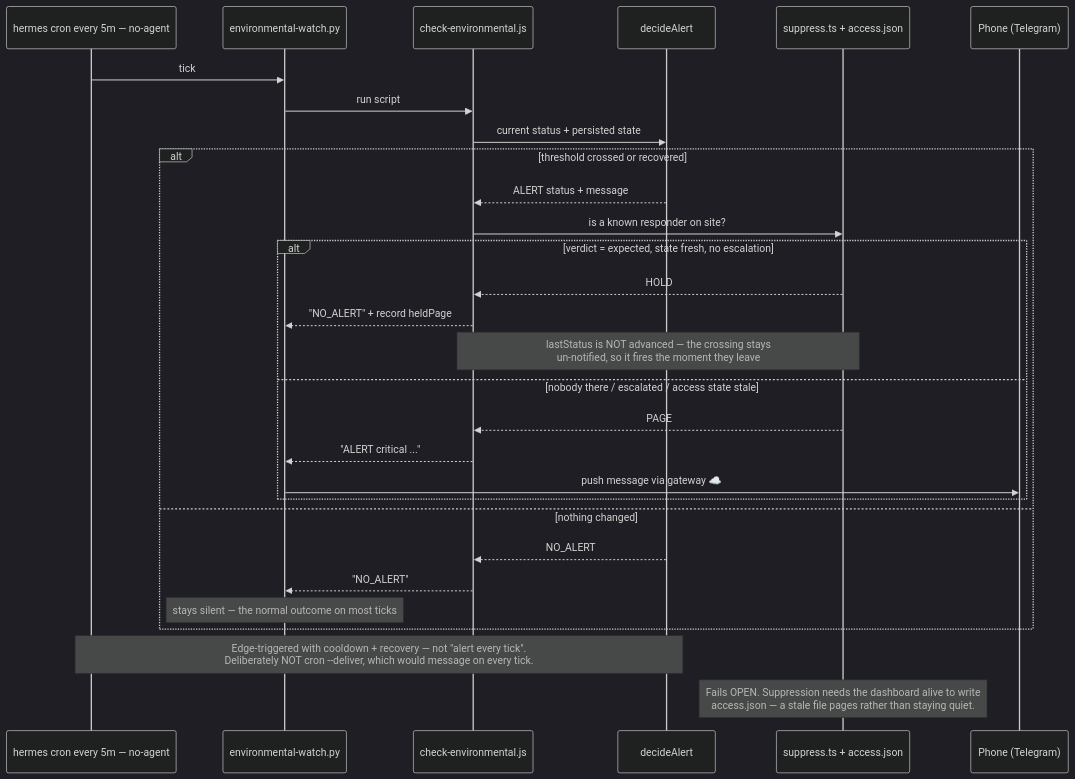
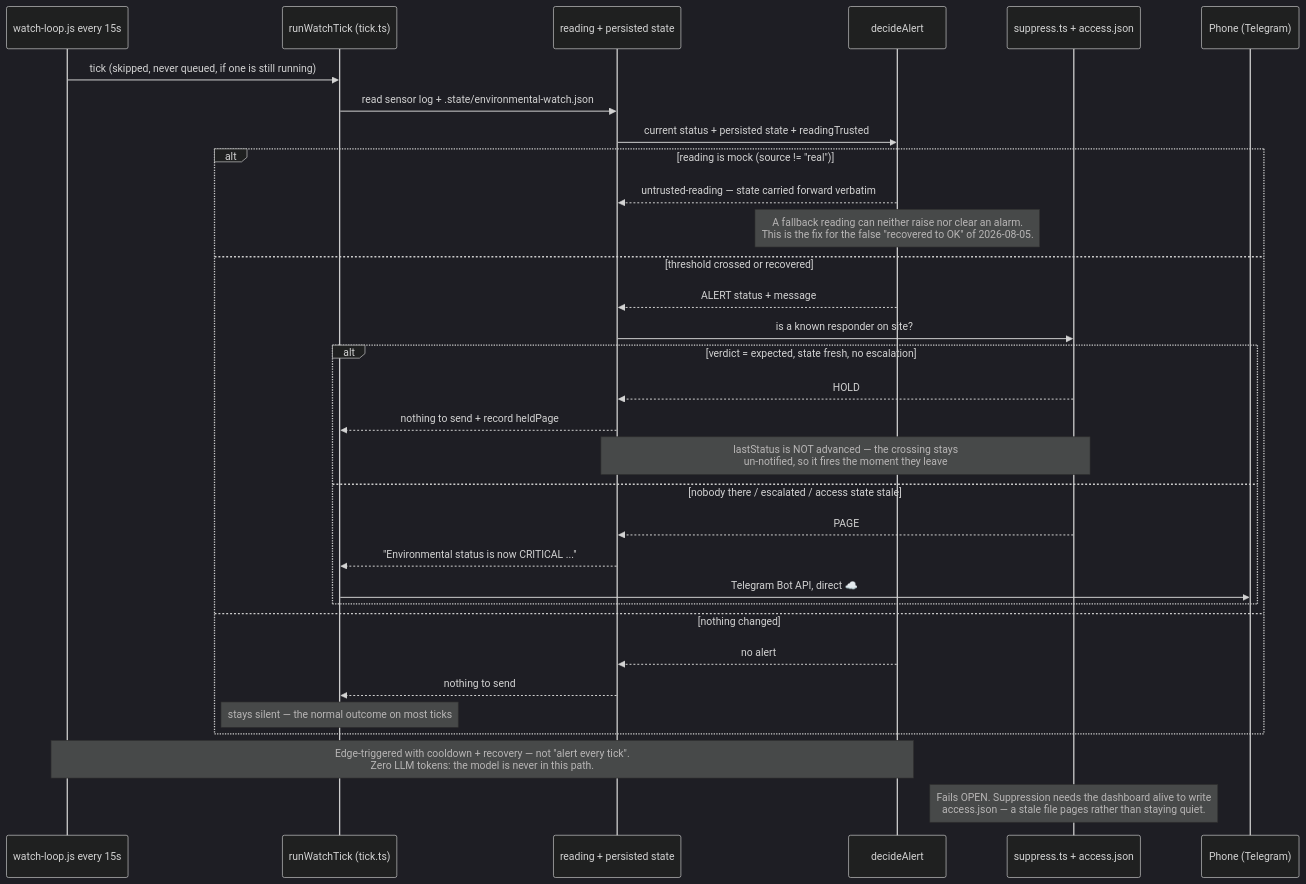
The third of 4 diagrams in docs/ARCHITECTURE.md (aryanil89/SMH-Hermes), drawn with Mermaid (dark theme) before and after one commit. The commit also changed other lines of this file and 45 other files, not shown here.

````diff
--- a/docs/ARCHITECTURE.md
+++ b/docs/ARCHITECTURE.md
@@ -117,32 +120,35 @@
 ```mermaid
 sequenceDiagram
-    participant C as hermes cron every 5m — no-agent
-    participant S as environmental-watch.py
-    participant K as check-environmental.js
+    participant C as watch-loop.js every 15s
+    participant S as runWatchTick (tick.ts)
+    participant K as reading + persisted state
     participant D as decideAlert
     participant A as suppress.ts + access.json
     participant P as Phone (Telegram)
 
-    C->>S: tick
-    S->>K: run script
-    K->>D: current status + persisted state
-    alt threshold crossed or recovered
+    C->>S: tick (skipped, never queued, if one is still running)
+    S->>K: read sensor log + .state/environmental-watch.json
+    K->>D: current status + persisted state + readingTrusted
+    alt reading is mock (source != "real")
+        D-->>K: untrusted-reading — state carried forward verbatim
+        Note over D: A fallback reading can neither raise nor clear an alarm.<br/>This is the fix for the false "recovered to OK" of 2026-08-05.
+    else threshold crossed or recovered
         D-->>K: ALERT status + message
         K->>A: is a known responder on site?
         alt verdict = expected, state fresh, no escalation
             A-->>K: HOLD
-            K-->>S: "NO_ALERT" + record heldPage
+            K-->>S: nothing to send + record heldPage
             Note over K,A: lastStatus is NOT advanced — the crossing stays<br/>un-notified, so it fires the moment they leave
         else nobody there / escalated / access state stale
             A-->>K: PAGE
-            K-->>S: "ALERT critical ..."
-            S->>P: push message via gateway  ☁️
+            K-->>S: "Environmental status is now CRITICAL ..."
+            S->>P: Telegram Bot API, direct  ☁️
         end
     else nothing changed
-        D-->>K: NO_ALERT
-        K-->>S: "NO_ALERT"
+        D-->>K: no alert
+        K-->>S: nothing to send
         Note over S: stays silent — the normal outcome on most ticks
     end
-    Note over C,D: Edge-triggered with cooldown + recovery — not "alert every tick".<br/>Deliberately NOT cron --deliver, which would message on every tick.
+    Note over C,D: Edge-triggered with cooldown + recovery — not "alert every tick".<br/>Zero LLM tokens: the model is never in this path.
     Note over A: Fails OPEN. Suppression needs the dashboard alive to write<br/>access.json — a stale file pages rather than staying quiet.
 ```
````
